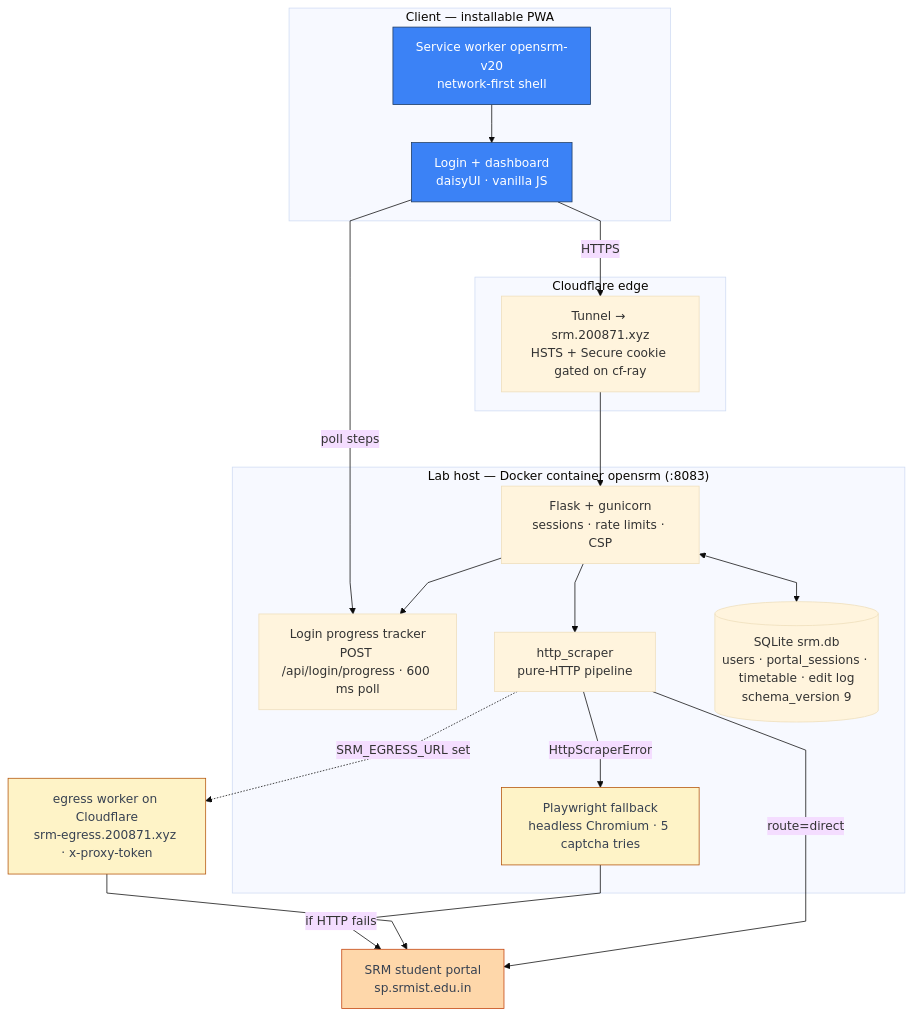
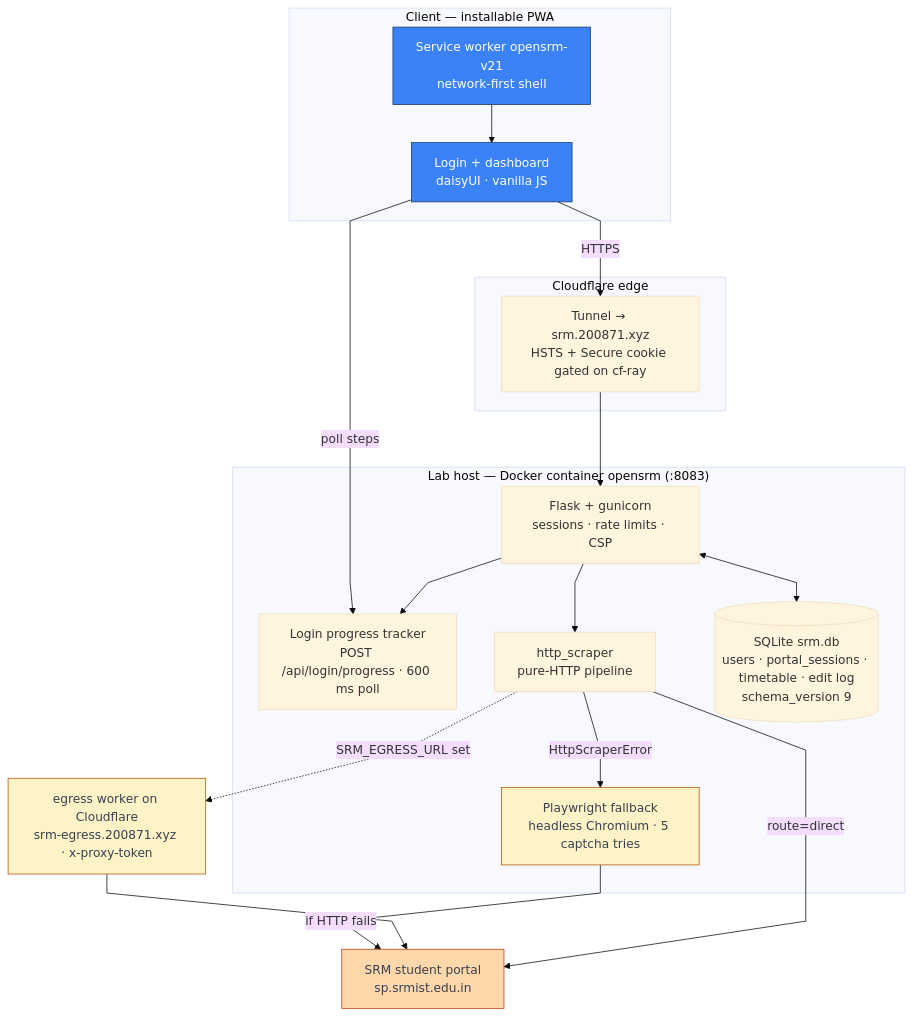
Before and after one commit to thenabbu/OpenSRM: the first of 3 diagrams in README.md, drawn with Mermaid (base theme). The commit also changed other lines of this file and 12 other files, not shown here.

````diff
--- a/README.md
+++ b/README.md
@@ -66,43 +66,43 @@
 ```mermaid
 %%{init: {"flowchart": {"curve": "linear"}}}%%
 flowchart TD
     subgraph client["Client — installable PWA"]
         UI["Login + dashboard<br/>daisyUI · vanilla JS"]
-        SW["Service worker opensrm-v20<br/>network-first shell"]
+        SW["Service worker opensrm-v21<br/>network-first shell"]
     end
 
     subgraph edge["Cloudflare edge"]
         TUN["Tunnel → srm.200871.xyz<br/>HSTS + Secure cookie gated on cf-ray"]
     end
 
     subgraph lab["Lab host — Docker container opensrm (:8083)"]
         FL["Flask + gunicorn<br/>sessions · rate limits · CSP"]
         PROG["Login progress tracker<br/>POST /api/login/progress · 600 ms poll"]
         HS["http_scraper<br/>pure-HTTP pipeline"]
         PW["Playwright fallback<br/>headless Chromium · 5 captcha tries"]
         DB[("SQLite srm.db<br/>users · portal_sessions · timetable · edit log<br/>schema_version 9")]
         FL --> PROG
         FL <--> DB
         FL --> HS
         HS -->|"HttpScraperError"| PW
     end
 
     EG["egress worker on Cloudflare<br/>srm-egress.200871.xyz · x-proxy-token"]
     P["SRM student portal<br/>sp.srmist.edu.in"]
 
     UI -->|"HTTPS"| TUN
     TUN --> FL
     SW --> UI
     UI -->|"poll steps"| PROG
     HS -->|"route=direct"| P
     HS -.->|"SRM_EGRESS_URL set"| EG
     EG --> P
     PW -->|"if HTTP fails"| P
 
     classDef client fill:#3b82f6,stroke:#1e3a5f,color:#ffffff
     classDef conditional fill:#fef3c7,stroke:#b45309,color:#374151
     classDef external fill:#fed7aa,stroke:#c2410c,color:#374151
     class UI,SW client
     class PW,EG conditional
     class P external
 ```
````
